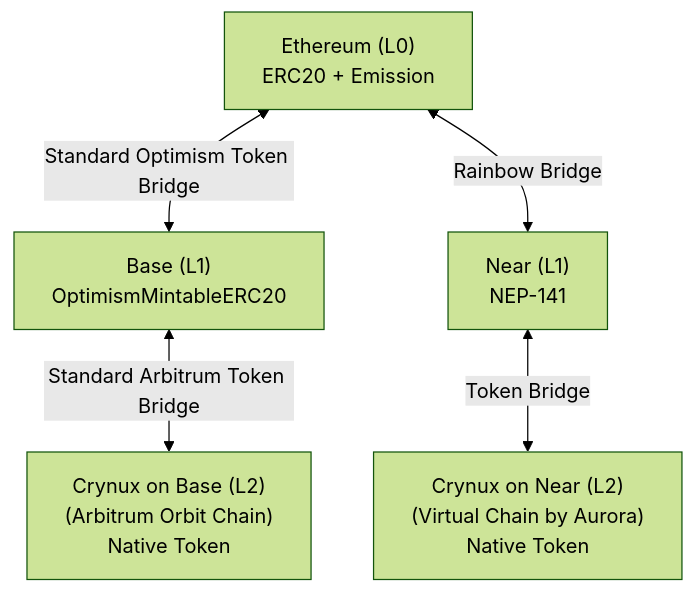
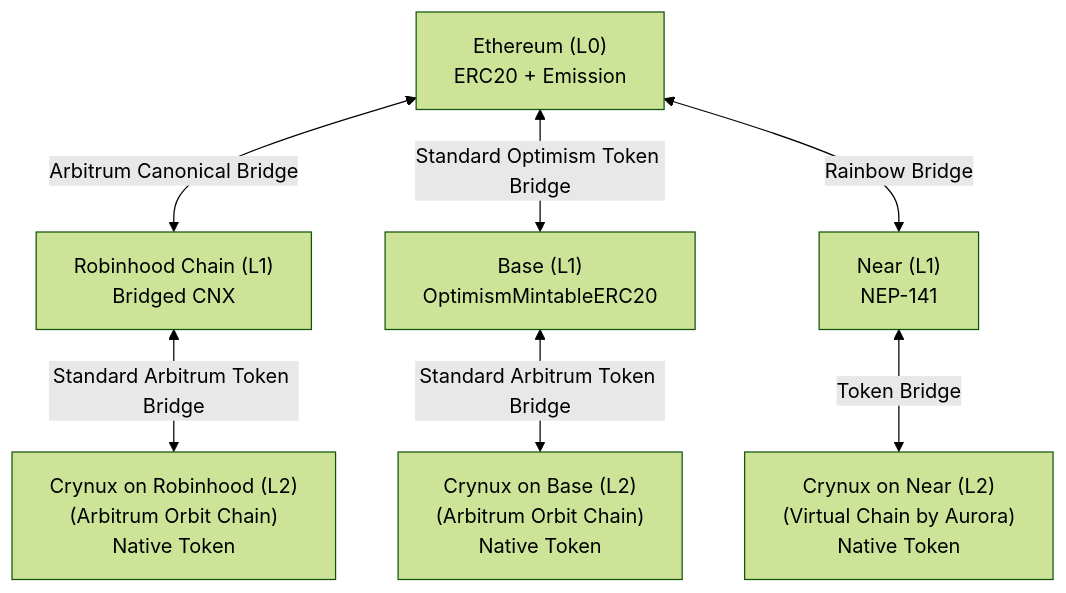
Before and after one commit to crynux-network/documentation: the first of 2 diagrams in gitbook/crynux-blockchains/multi-chain.md, drawn with Mermaid (forest theme). The commit also changed other lines of this file and 13 other files, not shown here.

Commit message:
[feature] add robinhood chain

````diff
--- a/gitbook/crynux-blockchains/multi-chain.md
+++ b/gitbook/crynux-blockchains/multi-chain.md
@@ -15,7 +15,9 @@
 ```mermaid
 flowchart BT
+  CRYNUX_RH["Crynux on Robinhood (L2)<br/>(Arbitrum Orbit Chain)<br/>Native Token"] <-- Standard Arbitrum Token Bridge --> RH["Robinhood Chain (L1)<br/>Bridged CNX"]
   CRYNUX_BASE["Crynux on Base (L2)<br/>(Arbitrum Orbit Chain)<br/>Native Token"] <-- Standard Arbitrum Token Bridge --> BASE["Base (L1)<br/>OptimismMintableERC20"]
   CRYNUX_NEAR["Crynux on Near (L2)<br/>(Virtual Chain by Aurora)<br/>Native Token"] <-- Token Bridge --> NEAR["Near (L1)<br/>NEP-141"]
-  BASE <-- Standard Optimism Token Bridge --> ETH["Ethereum (L0)<br/>ERC20 + Emission"]
+  RH <-- Arbitrum Canonical Bridge --> ETH["Ethereum (L0)<br/>ERC20 + Emission"]
+  BASE <-- Standard Optimism Token Bridge --> ETH
   NEAR <-- Rainbow Bridge --> ETH
 ```
````
